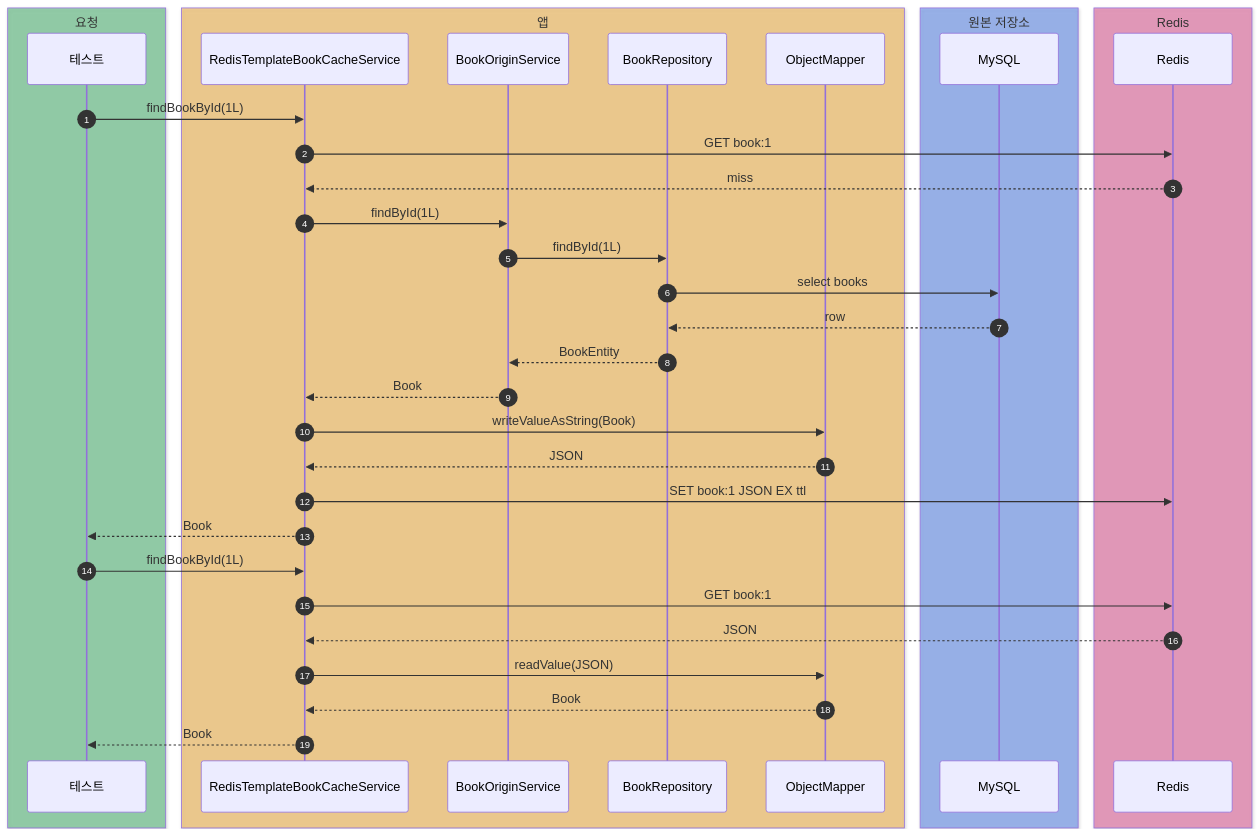
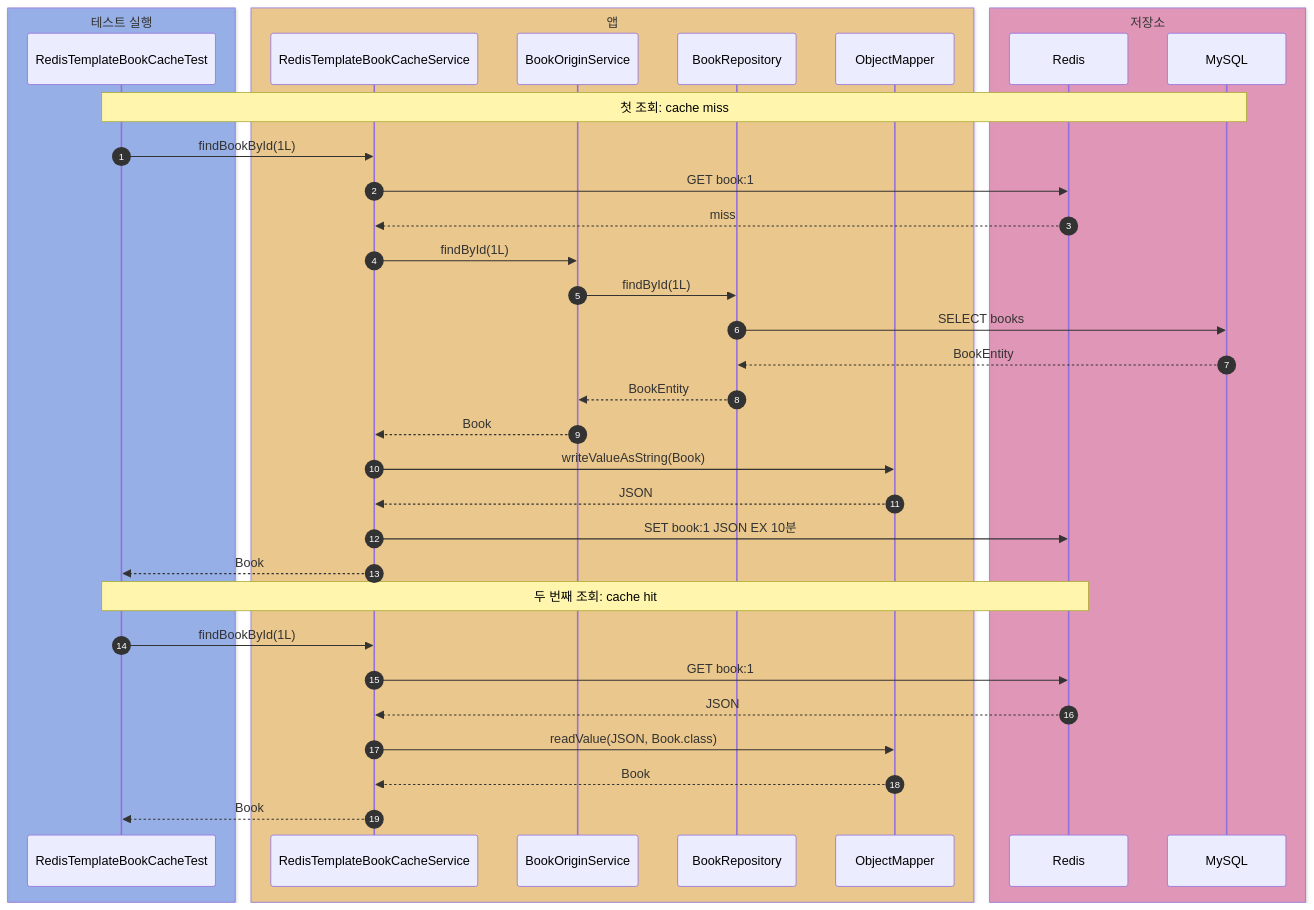
The fourth of 9 diagrams in labs/spring-cache-redis/README.md (HJC96/deep-dive), drawn with Mermaid before and after one commit. The commit also changed other lines of this file and 4 other files, not shown here.

````diff
--- a/labs/spring-cache-redis/README.md
+++ b/labs/spring-cache-redis/README.md
@@ -96,44 +179,43 @@
 ```mermaid
 sequenceDiagram
     autonumber
 
-    box rgba(22, 163, 74, 0.40) 요청
-    participant Test as 테스트
+    box rgba(37, 99, 235, 0.40) 테스트 실행
+    participant Test as RedisTemplateBookCacheTest
     end
 
     box rgba(245, 158, 11, 0.40) 앱
     participant Service as RedisTemplateBookCacheService
     participant Origin as BookOriginService
     participant Repository as BookRepository
     participant Json as ObjectMapper
     end
 
-    box rgba(37, 99, 235, 0.40) 원본 저장소
+    box rgba(219, 39, 119, 0.40) 저장소
+    participant Redis as Redis
     participant MySQL as MySQL
     end
 
-    box rgba(219, 39, 119, 0.40) Redis
-    participant Redis as Redis
-    end
-
+    Note over Test,MySQL: 첫 조회: cache miss
     Test->>Service: findBookById(1L)
     Service->>Redis: GET book:1
     Redis-->>Service: miss
     Service->>Origin: findById(1L)
     Origin->>Repository: findById(1L)
-    Repository->>MySQL: select books
-    MySQL-->>Repository: row
+    Repository->>MySQL: SELECT books
+    MySQL-->>Repository: BookEntity
     Repository-->>Origin: BookEntity
     Origin-->>Service: Book
     Service->>Json: writeValueAsString(Book)
     Json-->>Service: JSON
-    Service->>Redis: SET book:1 JSON EX ttl
+    Service->>Redis: SET book:1 JSON EX 10분
     Service-->>Test: Book
 
+    Note over Test,Redis: 두 번째 조회: cache hit
     Test->>Service: findBookById(1L)
     Service->>Redis: GET book:1
     Redis-->>Service: JSON
-    Service->>Json: readValue(JSON)
+    Service->>Json: readValue(JSON, Book.class)
     Json-->>Service: Book
     Service-->>Test: Book
 ```
````
